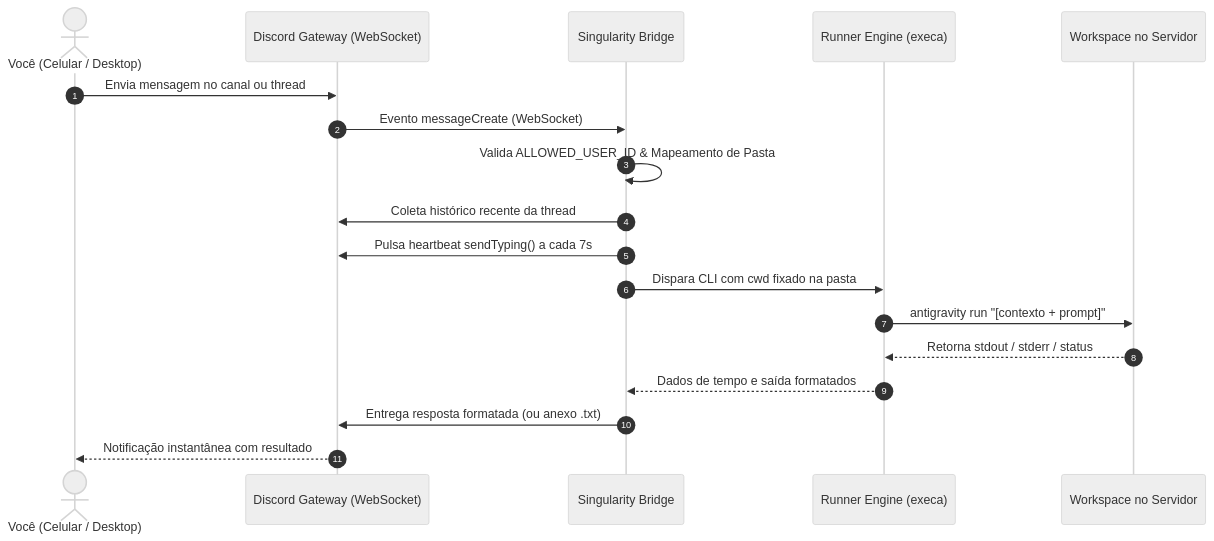
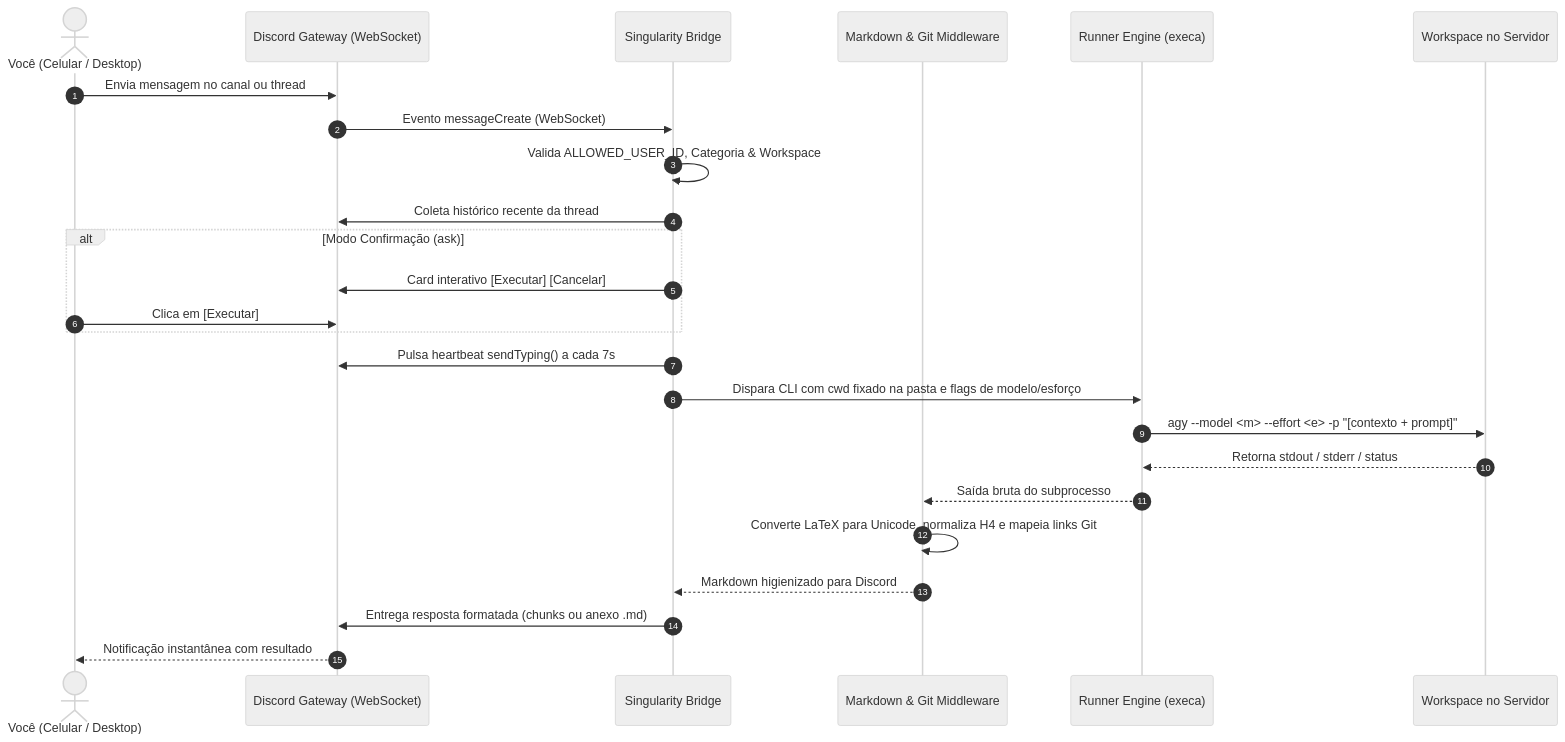
Before and after one commit to luizGDpulz/singularity: the diagram in README.md, drawn with Mermaid (neutral theme). The commit also changed other lines of this file and 2 other files, not shown here.

Commit message:
docs: align README and guides with auto-sandbox, slash commands, permissions, and markdown pipeline

````diff
--- a/README.md
+++ b/README.md
@@ -69,21 +72,28 @@
 ```mermaid
 sequenceDiagram
     autonumber
     actor Dev as Você (Celular / Desktop)
     participant Discord as Discord Gateway (WebSocket)
     participant Daemon as Singularity Bridge
+    participant Middleware as Markdown & Git Middleware
     participant Runner as Runner Engine (execa)
     participant Workspace as Workspace no Servidor
 
     Dev->>Discord: Envia mensagem no canal ou thread
     Discord->>Daemon: Evento messageCreate (WebSocket)
-    Daemon->>Daemon: Valida ALLOWED_USER_ID & Mapeamento de Pasta
+    Daemon->>Daemon: Valida ALLOWED_USER_ID, Categoria & Workspace
     Daemon->>Discord: Coleta histórico recente da thread
+    alt Modo Confirmação (ask)
+        Daemon->>Discord: Card interativo [Executar] [Cancelar]
+        Dev->>Discord: Clica em [Executar]
+    end
     Daemon->>Discord: Pulsa heartbeat sendTyping() a cada 7s
-    Daemon->>Runner: Dispara CLI com cwd fixado na pasta
-    Runner->>Workspace: antigravity run "[contexto + prompt]"
+    Daemon->>Runner: Dispara CLI com cwd fixado na pasta e flags de modelo/esforço
+    Runner->>Workspace: agy --model <m> --effort <e> -p "[contexto + prompt]"
     Workspace-->>Runner: Retorna stdout / stderr / status
-    Runner-->>Daemon: Dados de tempo e saída formatados
-    Daemon->>Discord: Entrega resposta formatada (ou anexo .txt)
+    Runner-->>Middleware: Saída bruta do subprocesso
+    Middleware->>Middleware: Converte LaTeX para Unicode, normaliza H4 e mapeia links Git
+    Middleware-->>Daemon: Markdown higienizado para Discord
+    Daemon->>Discord: Entrega resposta formatada (chunks ou anexo .md)
     Discord-->>Dev: Notificação instantânea com resultado
 ```
````
